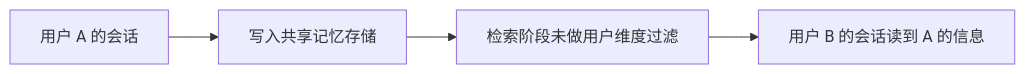
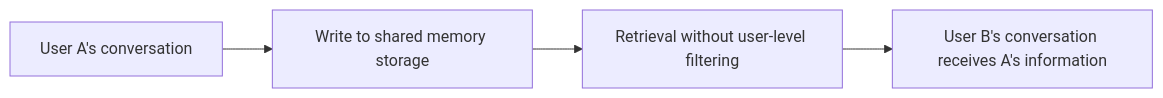
The second of 2 diagrams in docs/safety/03-data-model-supply-chain/06-privacy-pii-memory-leakage.md (oneleaveknowsthefall/awesome-ai-roadmap), drawn with Mermaid before and after one commit. The commit also changed other lines of this file and 82 other files, not shown here.

````diff
--- a/docs/safety/03-data-model-supply-chain/06-privacy-pii-memory-leakage.md
+++ b/docs/safety/03-data-model-supply-chain/06-privacy-pii-memory-leakage.md
@@ -62,6 +62,6 @@
 ```mermaid
 flowchart LR
-    U1[用户 A 的会话] --> W[写入共享记忆存储]
-    W --> R[检索阶段未做用户维度过滤]
-    R --> U2[用户 B 的会话读到 A 的信息]
+    U1[User A's conversation] --> W[Write to shared memory storage]
+    W --> R[Retrieval without user-level filtering]
+    R --> U2[User B's conversation receives A's information]
 ```
````
